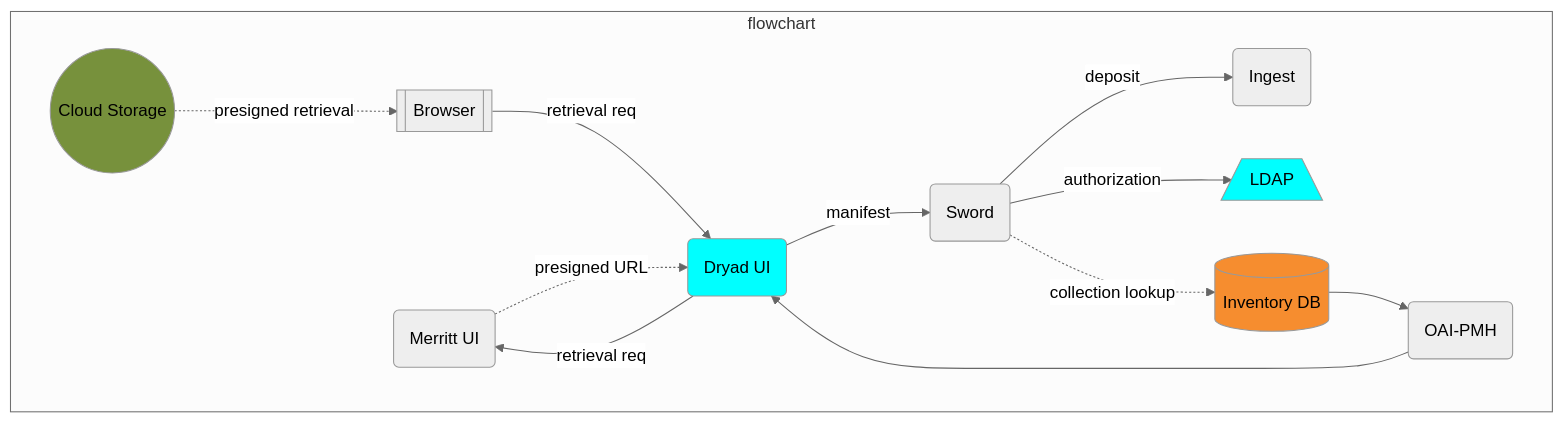
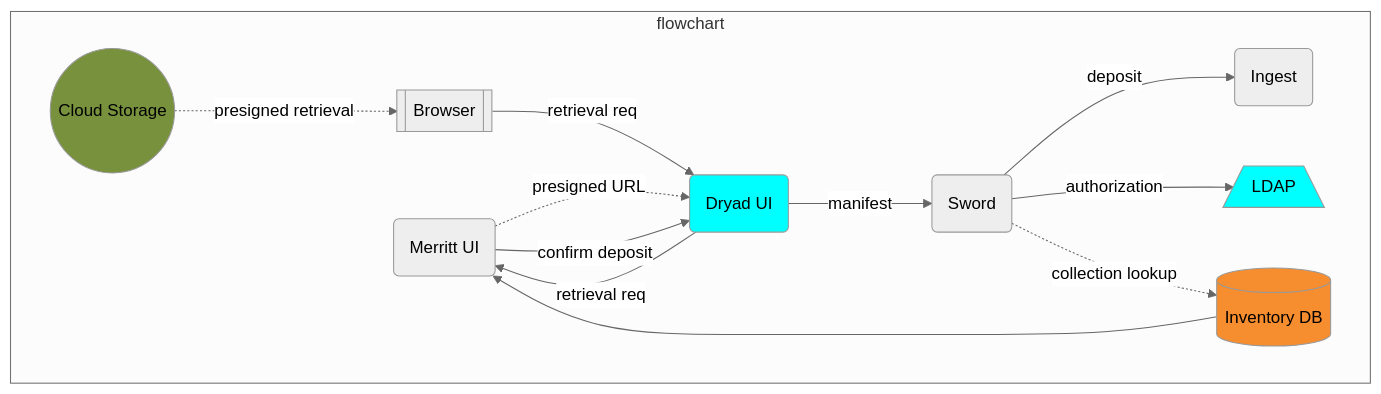
Before and after one commit to CDLUC3/mrt-doc: the diagram in diagrams/overview-dryad.mmd, drawn with Mermaid. The commit also changed 14 other files, not shown here.

Commit message:
elim oai from graphs

```diff
--- a/diagrams/overview-dryad.mmd
+++ b/diagrams/overview-dryad.mmd
@@ -1,34 +1,32 @@
 %%{init: {'theme': 'neutral', 'securityLevel': 'loose', 'themeVariables': {'fontFamily': 'arial'}}}%%
 graph TD
   UI(Merritt UI)
   click UI href "https://github.com/CDLUC3/mrt-dashboard" "source code"
   DRYAD(Dryad UI)
   click DRYAD href "https://datadryad.org/" "service link"
   RDS[(Inventory DB)]
   CLOUD(("Cloud Storage"))
   click CLOUD href "https://github.com/CDLUC3/mrt-cloud" "source code"
   LDAP[/LDAP\]
   SWORD(Sword)
   click SWORD href "https://github.com/CDLUC3/mrt-sword" "source code"
   BROWSER[[Browser]]
   ING(Ingest)
   click ING href "https://github.com/CDLUC3/mrt-ingest" "source code"
-  OAI(OAI-PMH)
-  click OAI href "https://github.com/CDLUC3/mrt-oai" "source code"
 
   subgraph flowchart
     BROWSER --> |retrieval req| DRYAD
     DRYAD --> |retrieval req| UI
     UI -.-> |presigned URL| DRYAD
     DRYAD --> |manifest| SWORD
     SWORD --> |deposit| ING
     SWORD --> |authorization| LDAP
-    RDS --> OAI
-    OAI --> DRYAD
+    RDS --> UI
+    UI --> |confirm deposit| DRYAD
     CLOUD -.-> |presigned retrieval| BROWSER
     SWORD -.-> |collection lookup| RDS
   end
   style CLOUD fill:#77913C
   style RDS fill:#F68D2F
   style LDAP fill:cyan
   style DRYAD fill:cyan
```
